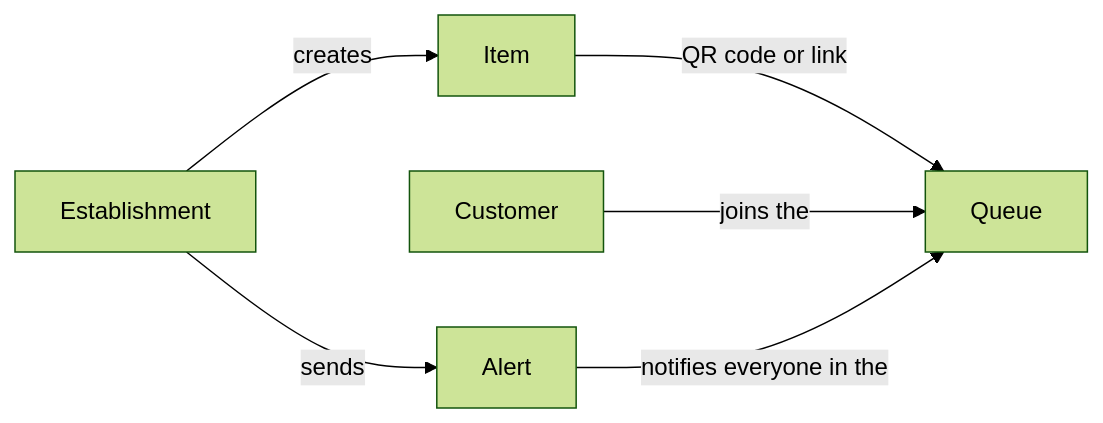
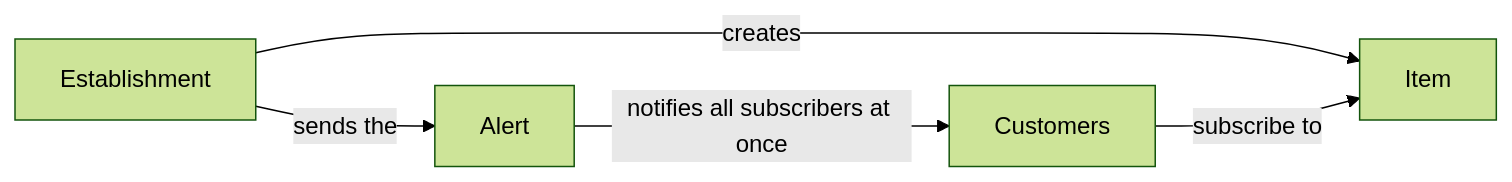
One commit to claudiusnascimento/docs-need-alert changed the diagram in en/how-it-works.mdx. Above: the diagram before and after it, drawn with Mermaid (forest theme). The commit also changed other lines of this file and 35 other files, not shown here.

````diff
--- a/en/how-it-works.mdx
+++ b/en/how-it-works.mdx
@@ -9,8 +9,7 @@
 ```mermaid
 flowchart LR
   A[Establishment] -->|creates| B[Item]
-  B -->|QR code or link| C[Queue]
-  D[Customer] -->|joins the| C
-  A -->|sends| E[Alert]
-  E -->|notifies everyone in the| C
+  D[Customers] -->|subscribe to| B
+  A -->|sends the| E[Alert]
+  E -->|notifies all subscribers at once| D
 ```
````
